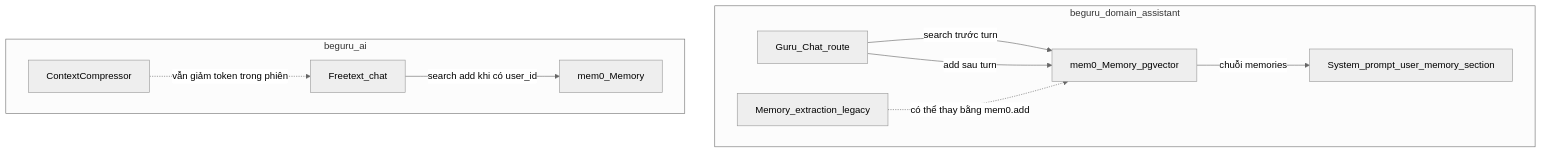
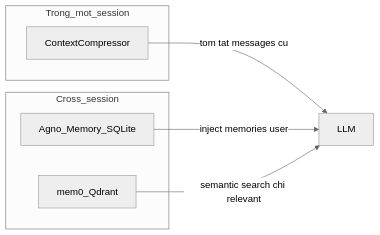
One commit to charlieviettq/charlieviettq.github.io changed the first of 3 diagrams in content/posts/beguru-ai-mem0-integration-architecture.md. Above: the diagram before and after it, drawn with Mermaid (neutral theme). The commit also changed other lines of this file and 1 other file, not shown here.

First line of the commit message:
docs(blog): sync Mem0 post with beguru-ai integration plan

````diff
--- a/content/posts/beguru-ai-mem0-integration-architecture.md
+++ b/content/posts/beguru-ai-mem0-integration-architecture.md
@@ -50,23 +30,15 @@
 ```mermaid
-flowchart TB
-  subgraph da [beguru_domain_assistant]
-    GC[Guru_Chat_route]
-    ME[Memory_extraction_legacy]
-    SP[System_prompt_user_memory_section]
-    M0DA[mem0_Memory_pgvector]
+flowchart LR
+  subgraph s1 [Trong_mot_session]
+    CC[ContextCompressor]
   end
 
-  subgraph ai [beguru_ai]
-    FT[Freetext_chat]
-    CC[ContextCompressor]
-    M0AI[mem0_Memory]
+  subgraph s2 [Cross_session]
+    AGN[Agno_Memory_SQLite]
+    M0[mem0_Qdrant]
   end
 
-  GC -->|"search trước turn"| M0DA
-  GC -->|"add sau turn"| M0DA
-  M0DA -->|"chuỗi memories"| SP
-  ME -.->|"có thể thay bằng mem0.add"| M0DA
-
-  FT -->|"search add khi có user_id"| M0AI
-  CC -.->|"vẫn giảm token trong phiên"| FT
+  CC -->|"tom tat messages cu"| LLM[LLM]
+  AGN -->|"inject memories user"| LLM
+  M0 -->|"semantic search chi relevant"| LLM
 ```
````
